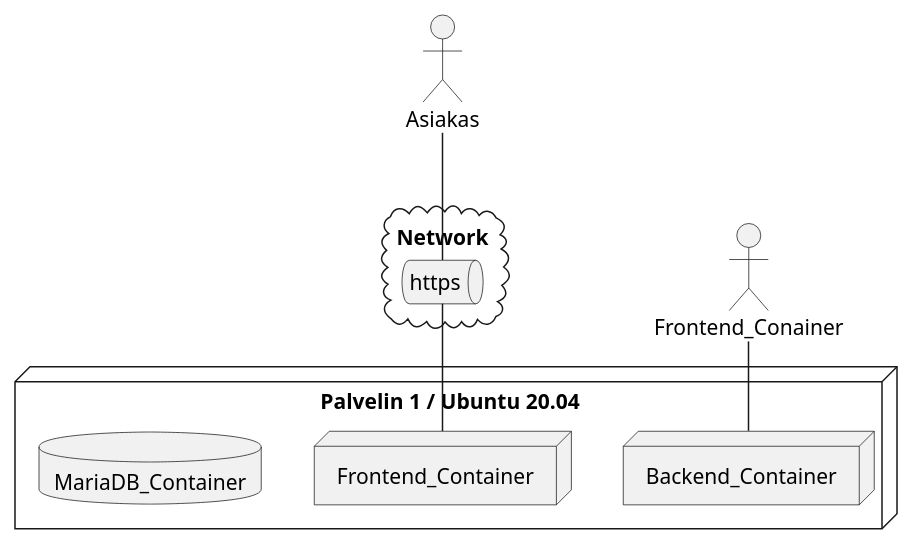
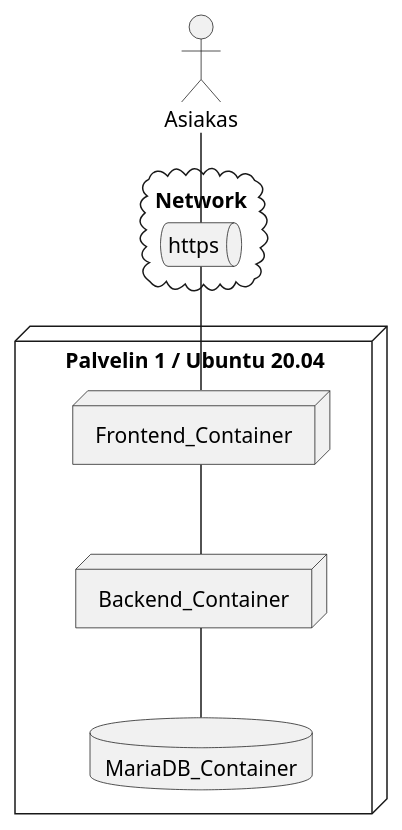
The fourth of 5 diagrams in dokumentit/20-Vaatimustenhallinta/vaatimusmaaritely-tiivis.md (ninaleo/ransut-core), drawn with PlantUML before and after one commit.

````diff
--- a/dokumentit/20-Vaatimustenhallinta/vaatimusmaaritely-tiivis.md
+++ b/dokumentit/20-Vaatimustenhallinta/vaatimusmaaritely-tiivis.md
@@ -263,24 +263,25 @@
 ```plantuml
 @startuml
 actor Asiakas
 
 cloud "Network" as net{
 queue "https"{
 }
 }
 
 node "Palvelin 1 / Ubuntu 20.04" as AWS{ 
 node "Frontend_Container"{ 
 }
 node "Backend_Container" {
 }
 database "MariaDB_Container" {
 }
 
 }
 Asiakas -- https
 https -- Frontend_Container
-Frontend_Conainer -- Backend_Container
+Frontend_Container -- Backend_Container
+Backend_Container -- MariaDB_Container
 
 @enduml
 ```
````
